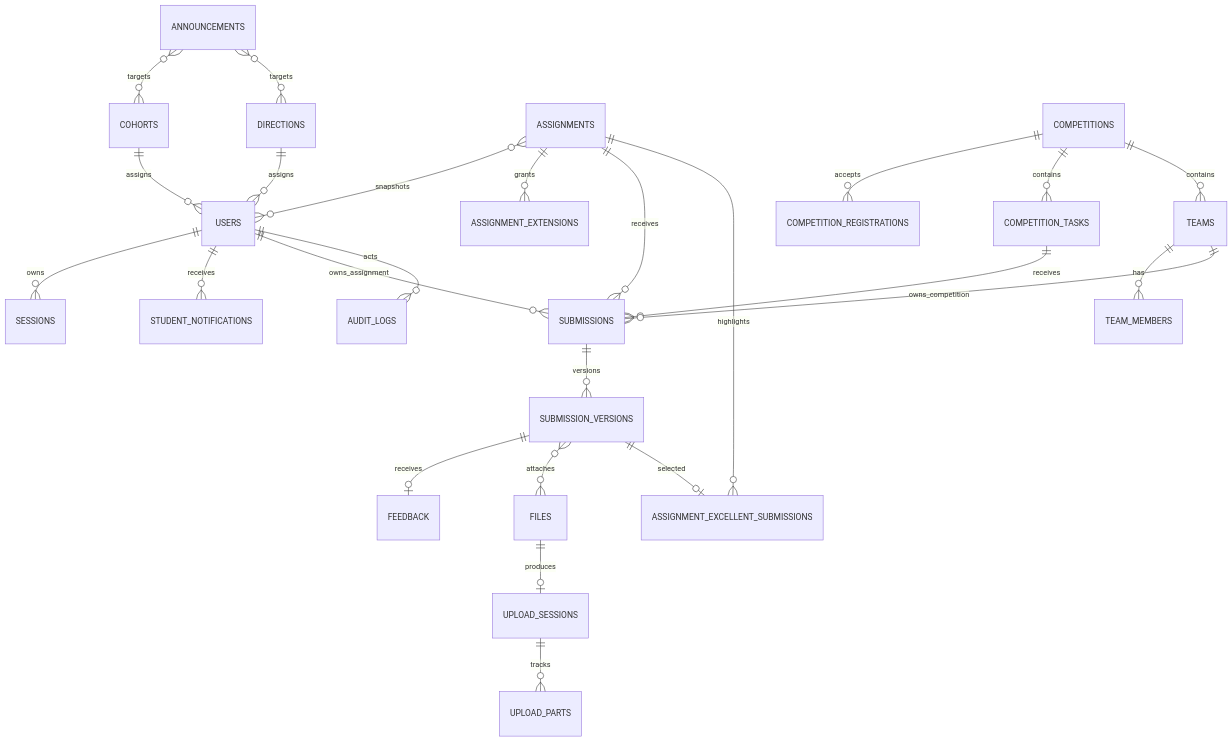
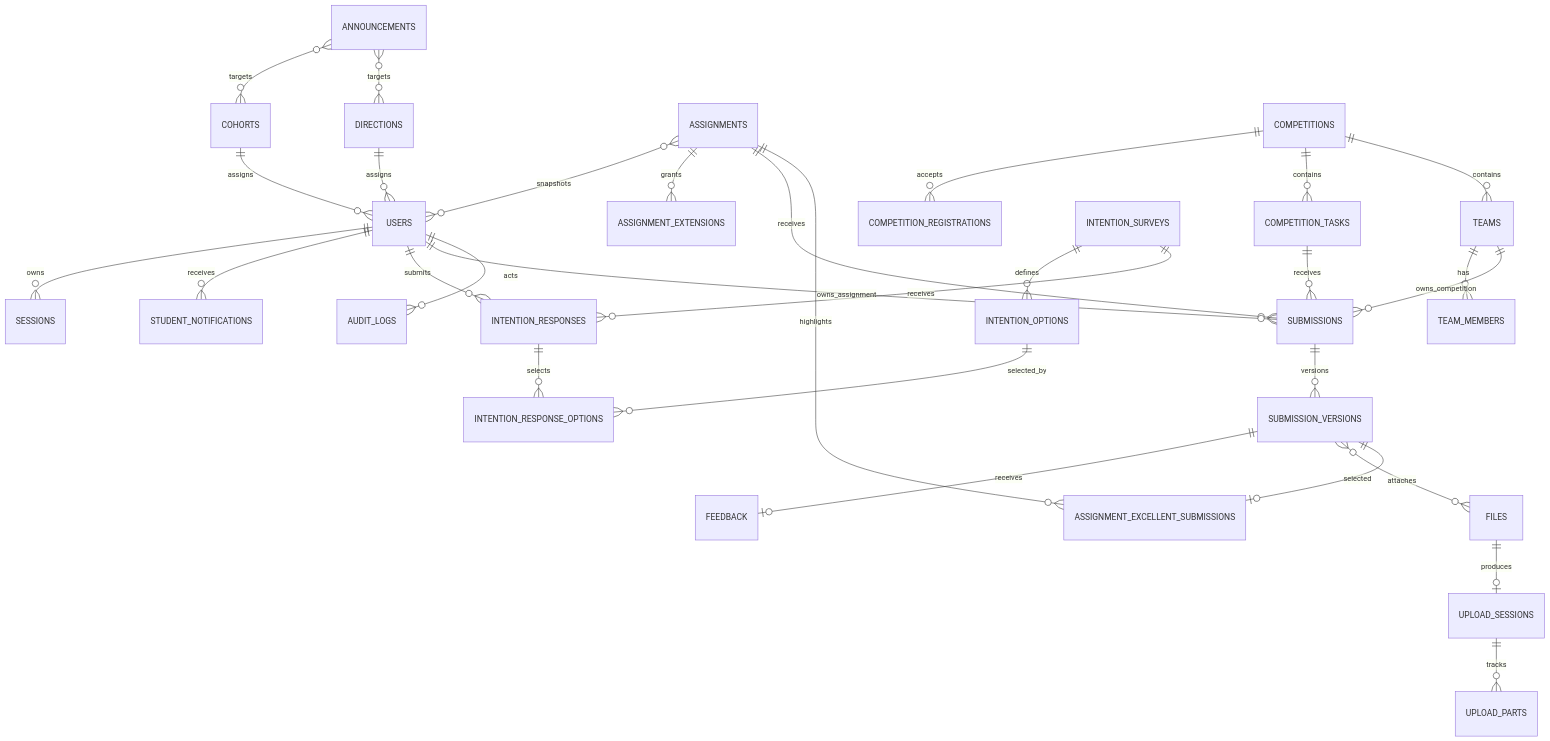
The diagram in .agents/docs/07-database-schema.md (CosmosMount/homework_system), drawn with Mermaid before and after one commit. The commit also changed other lines of this file and 14 other files, not shown here.

````diff
--- a/.agents/docs/07-database-schema.md
+++ b/.agents/docs/07-database-schema.md
@@ -30,27 +30,32 @@
 ```mermaid
 erDiagram
     COHORTS ||--o{ USERS : assigns
     DIRECTIONS ||--o{ USERS : assigns
     USERS ||--o{ SESSIONS : owns
     USERS ||--o{ STUDENT_NOTIFICATIONS : receives
     ANNOUNCEMENTS }o--o{ COHORTS : targets
     ANNOUNCEMENTS }o--o{ DIRECTIONS : targets
     ASSIGNMENTS }o--o{ USERS : snapshots
     ASSIGNMENTS ||--o{ ASSIGNMENT_EXTENSIONS : grants
     COMPETITIONS ||--o{ COMPETITION_REGISTRATIONS : accepts
     COMPETITIONS ||--o{ COMPETITION_TASKS : contains
     COMPETITIONS ||--o{ TEAMS : contains
     TEAMS ||--o{ TEAM_MEMBERS : has
+    USERS ||--o{ INTENTION_RESPONSES : submits
+    INTENTION_SURVEYS ||--o{ INTENTION_OPTIONS : defines
+    INTENTION_SURVEYS ||--o{ INTENTION_RESPONSES : receives
+    INTENTION_RESPONSES ||--o{ INTENTION_RESPONSE_OPTIONS : selects
+    INTENTION_OPTIONS ||--o{ INTENTION_RESPONSE_OPTIONS : selected_by
     ASSIGNMENTS ||--o{ SUBMISSIONS : receives
     COMPETITION_TASKS ||--o{ SUBMISSIONS : receives
     USERS ||--o{ SUBMISSIONS : owns_assignment
     TEAMS ||--o{ SUBMISSIONS : owns_competition
     SUBMISSIONS ||--o{ SUBMISSION_VERSIONS : versions
     SUBMISSION_VERSIONS ||--o| FEEDBACK : receives
     SUBMISSION_VERSIONS }o--o{ FILES : attaches
     ASSIGNMENTS ||--o{ ASSIGNMENT_EXCELLENT_SUBMISSIONS : highlights
     SUBMISSION_VERSIONS ||--o| ASSIGNMENT_EXCELLENT_SUBMISSIONS : selected
     UPLOAD_SESSIONS ||--o{ UPLOAD_PARTS : tracks
     FILES ||--o| UPLOAD_SESSIONS : produces
     USERS ||--o{ AUDIT_LOGS : acts
 ```
````
